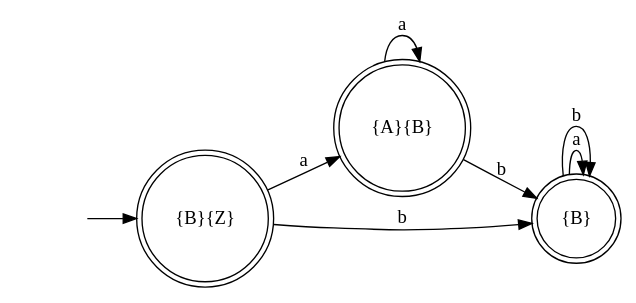
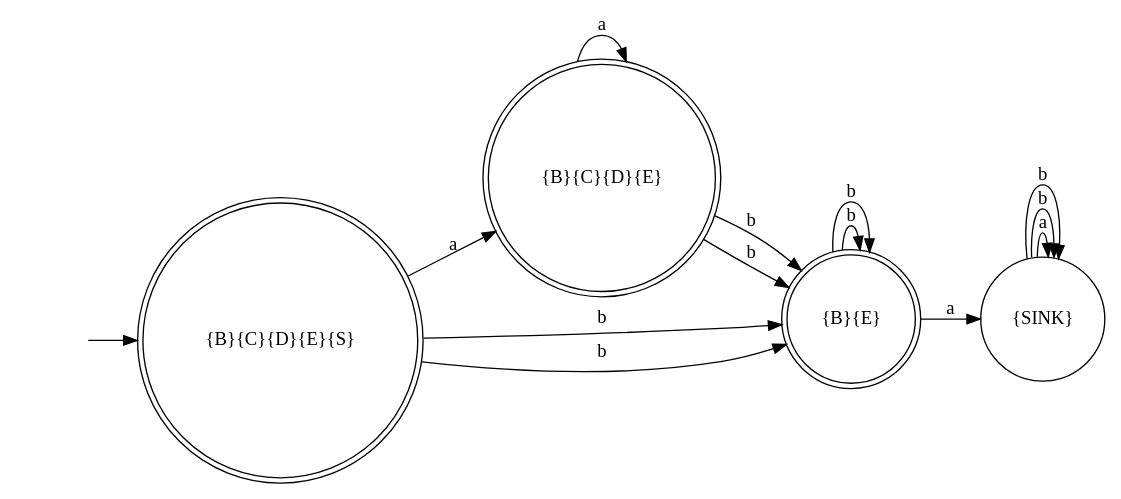
The diagram in Automate Picture/AutomataConvertedDFAPicture.dot (arjen0203/AutomataReader), drawn with Graphviz before and after one commit. The commit also changed 17 other files, not shown here.

```diff
--- a/Automate Picture/AutomataConvertedDFAPicture.dot
+++ b/Automate Picture/AutomataConvertedDFAPicture.dot
@@ -1,15 +1,22 @@
 digraph myAutomatonDFA { 
 rankdir=LR; 
 "" [shape=none] 
-"{B}{Z}" [shape=doublecircle] 
-"{A}{B}" [shape=doublecircle] 
-"{B}" [shape=doublecircle] 
+"{B}{C}{D}{E}{S}" [shape=doublecircle] 
+"{B}{C}{D}{E}" [shape=doublecircle] 
+"{B}{E}" [shape=doublecircle] 
+"{SINK}" [shape=circle] 
 
-"" -> "{B}{Z}" 
-"{B}{Z}" -> "{A}{B}" [label="a"] 
-"{B}{Z}" -> "{B}" [label="b"] 
-"{A}{B}" -> "{A}{B}" [label="a"] 
-"{A}{B}" -> "{B}" [label="b"] 
-"{B}" -> "{B}" [label="a"] 
-"{B}" -> "{B}" [label="b"] 
+"" -> "{B}{C}{D}{E}{S}" 
+"{B}{C}{D}{E}{S}" -> "{B}{C}{D}{E}" [label="a"] 
+"{B}{C}{D}{E}{S}" -> "{B}{E}" [label="b"] 
+"{B}{C}{D}{E}{S}" -> "{B}{E}" [label="b"] 
+"{B}{C}{D}{E}" -> "{B}{C}{D}{E}" [label="a"] 
+"{B}{C}{D}{E}" -> "{B}{E}" [label="b"] 
+"{B}{C}{D}{E}" -> "{B}{E}" [label="b"] 
+"{B}{E}" -> "{SINK}" [label="a"] 
+"{B}{E}" -> "{B}{E}" [label="b"] 
+"{B}{E}" -> "{B}{E}" [label="b"] 
+"{SINK}" -> "{SINK}" [label="a"] 
+"{SINK}" -> "{SINK}" [label="b"] 
+"{SINK}" -> "{SINK}" [label="b"] 
 }
```
